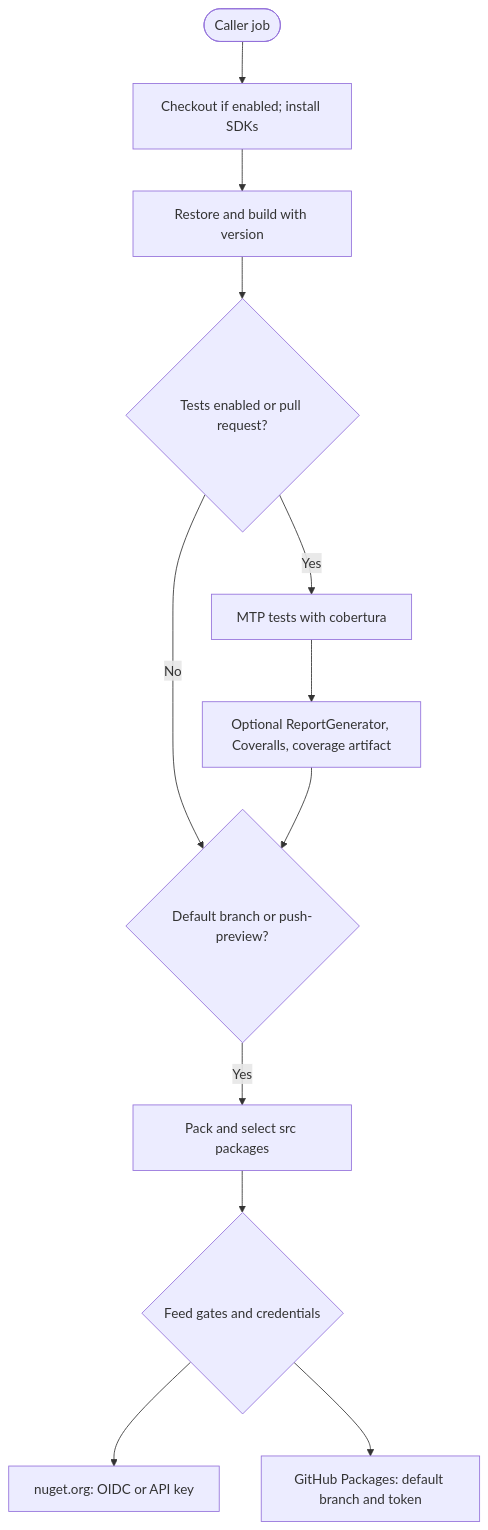
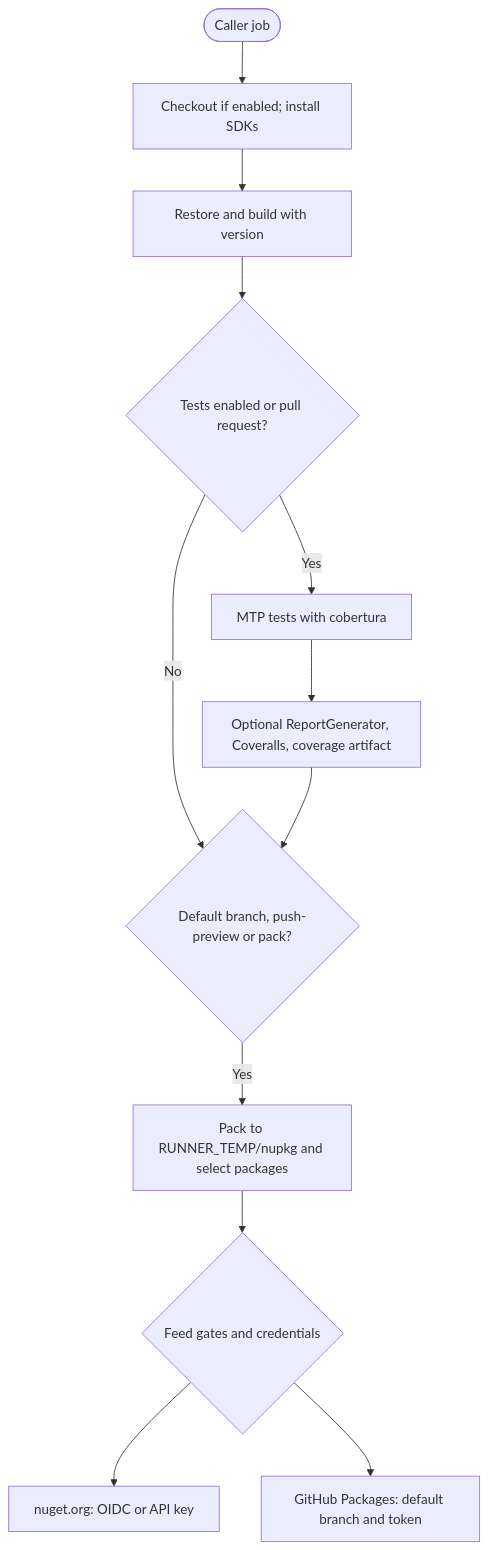
The diagram in README.md (f2calv/gha-dotnet-nuget), drawn with Mermaid before and after one commit. The commit also changed other lines of this file and 12 other files, not shown here.

````diff
--- a/README.md
+++ b/README.md
@@ -150,14 +152,14 @@
 ```mermaid
 flowchart TD
     A(["Caller job"]) --> B["Checkout if enabled; install SDKs"]
     B --> C["Restore and build with version"]
     C --> D{"Tests enabled or pull request?"}
     D -->|Yes| E["MTP tests with cobertura"]
     E --> F["Optional ReportGenerator, Coveralls, coverage artifact"]
-    D -->|No| G{"Default branch or push-preview?"}
+    D -->|No| G{"Default branch, push-preview or pack?"}
     F --> G
-    G -->|Yes| H["Pack and select src packages"]
+    G -->|Yes| H["Pack to RUNNER_TEMP/nupkg and select packages"]
     H --> I{"Feed gates and credentials"}
     I --> J["nuget.org: OIDC or API key"]
     I --> K["GitHub Packages: default branch and token"]
 ```
````
